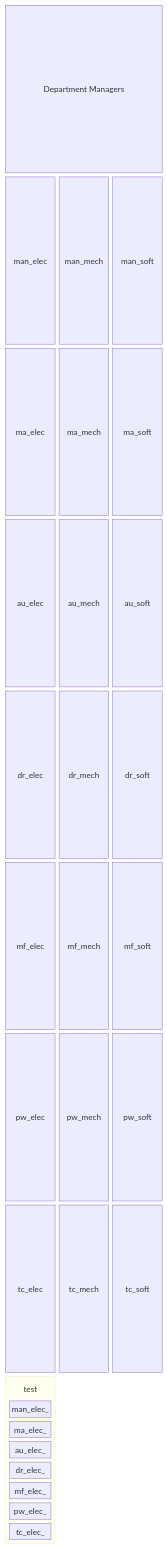
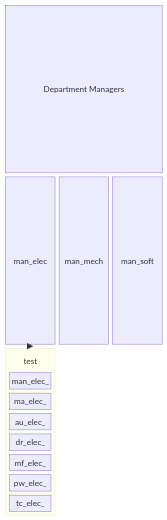
Before and after one commit to FooGiGo-Org/.github: the diagram in README.md, drawn with Mermaid.

Commit message:
Clean up department manager entries in README
Removed unused department manager entries from README.

````diff
--- a/README.md
+++ b/README.md
@@ -1,28 +1,23 @@
 ```mermaid
 ---
 title: SCRB Matrix Organization
 ---
 block
     columns 3
     man["Department Managers"]:3
     man_elec man_mech man_soft
-    ma_elec ma_mech ma_soft
-    au_elec au_mech au_soft
-    dr_elec dr_mech dr_soft
-    mf_elec mf_mech mf_soft
-    pw_elec pw_mech pw_soft
-    tc_elec tc_mech tc_soft
     block:meme
         columns 1
         uct("test")
         man_elec_
         ma_elec_
         au_elec_
         dr_elec_
         mf_elec_
         pw_elec_
         tc_elec_
     end
+    man_elec --> meme
 class uct BT
 classDef BT stroke:transparent,fill:transparent
 ```
````
